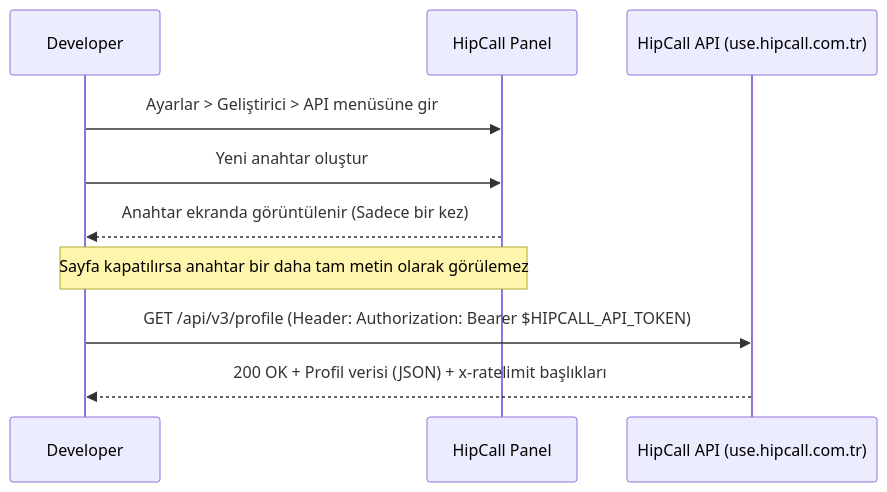
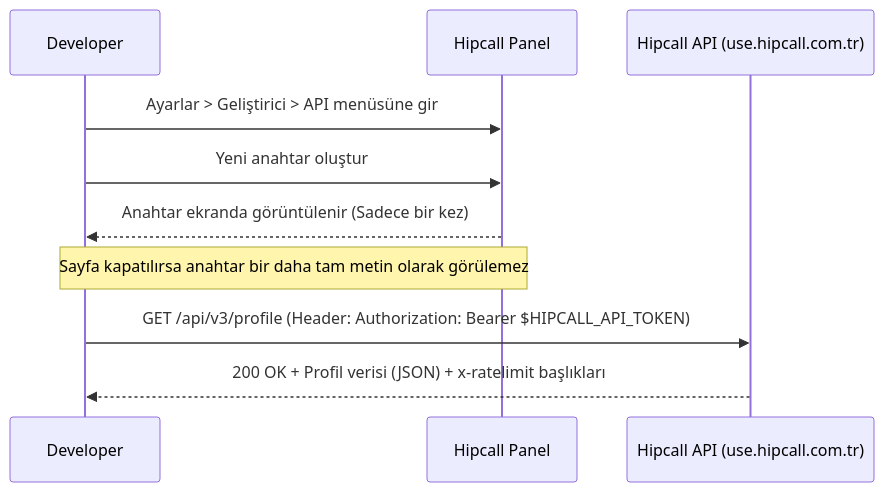
One commit to hipcall/2026-internship changed the diagram in submissions/01-api-anahtari.md. Above: the diagram before and after it, drawn with Mermaid. The commit also changed other lines of this file and 8 other files, not shown here.

````diff
--- a/submissions/01-api-anahtari.md
+++ b/submissions/01-api-anahtari.md
@@ -127,13 +113,13 @@
 ```mermaid
 sequenceDiagram
     participant D as Developer
-    participant P as HipCall Panel
-    participant A as HipCall API (use.hipcall.com.tr)
+    participant P as Hipcall Panel
+    participant A as Hipcall API (use.hipcall.com.tr)
     
     D->>P: Ayarlar > Geliştirici > API menüsüne gir
     D->>P: Yeni anahtar oluştur
     P-->>D: Anahtar ekranda görüntülenir (Sadece bir kez)
     Note over D,P: Sayfa kapatılırsa anahtar bir daha tam metin olarak görülemez
     D->>A: GET /api/v3/profile (Header: Authorization: Bearer $HIPCALL_API_TOKEN)
     A-->>D: 200 OK + Profil verisi (JSON) + x-ratelimit başlıkları
 ```
````
